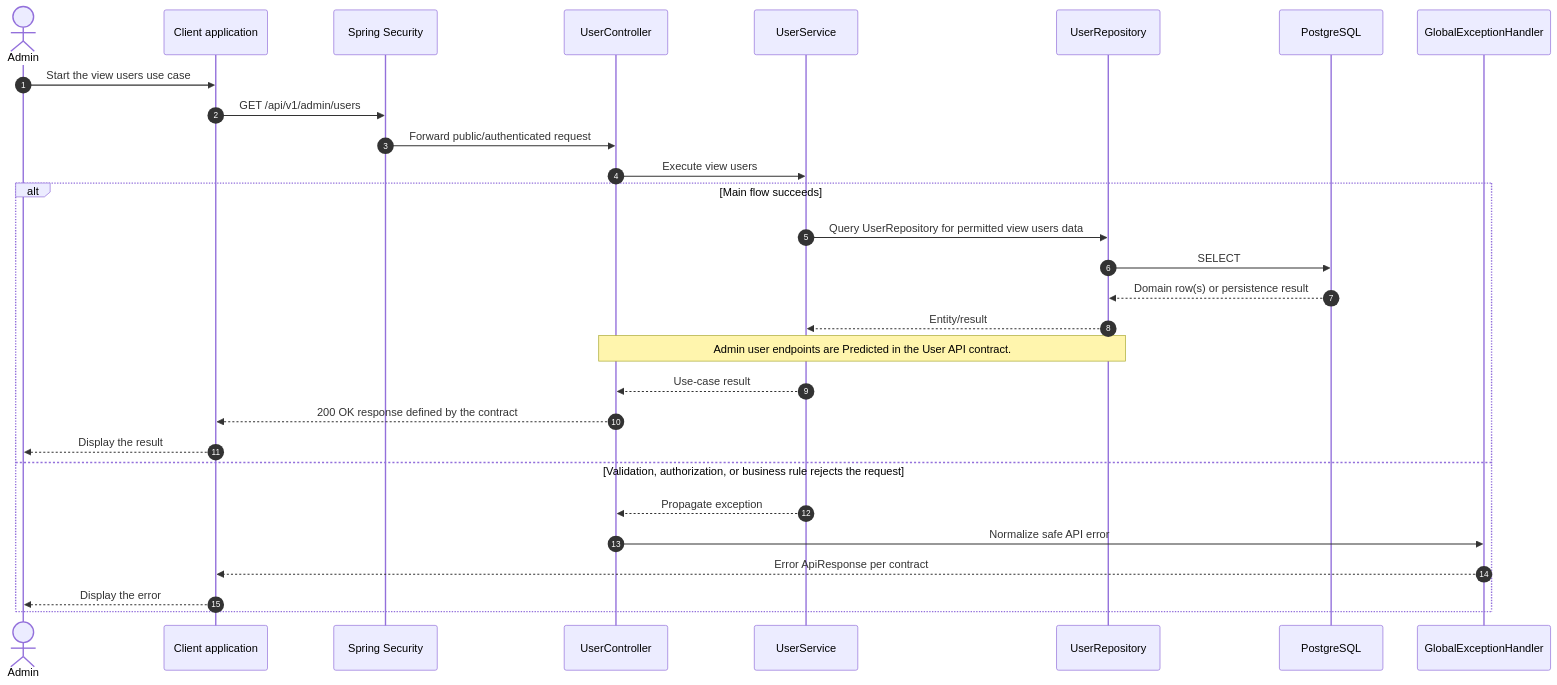
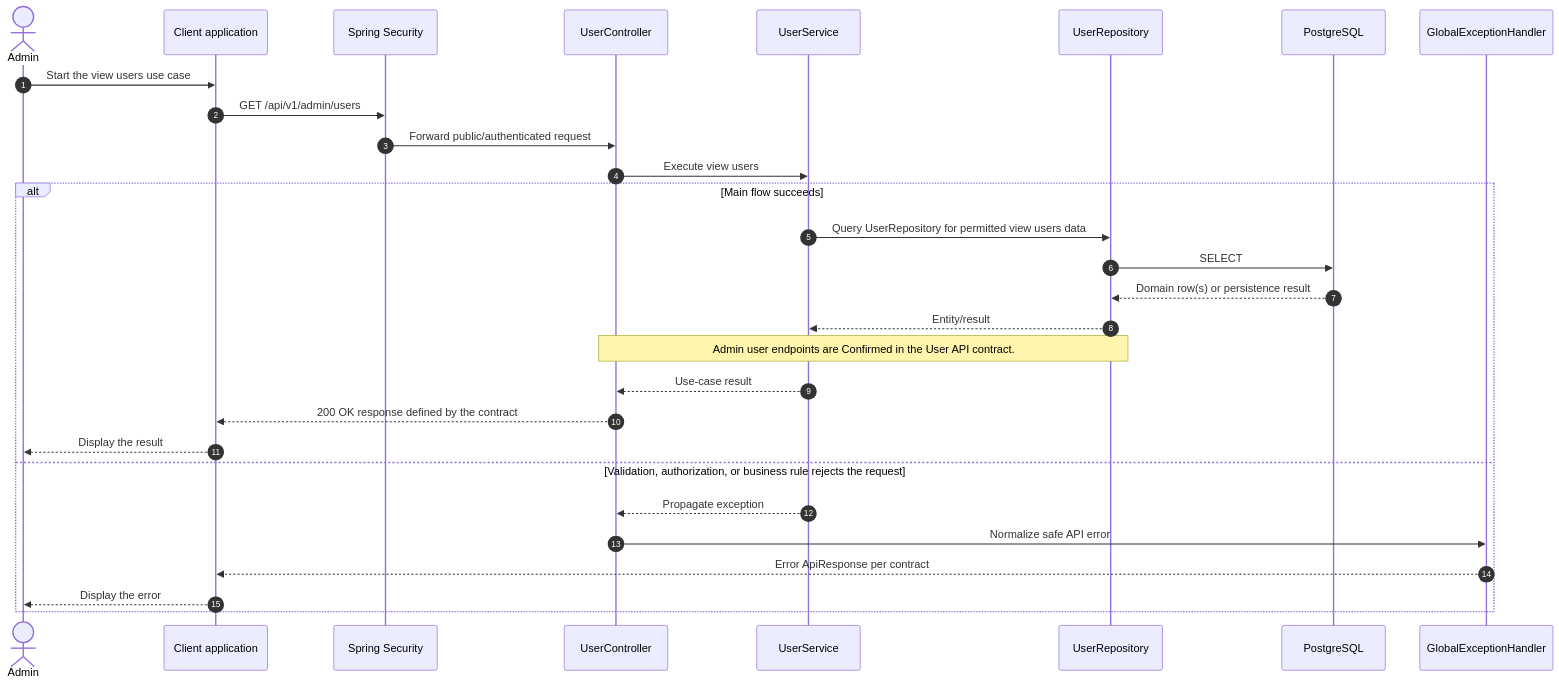
One commit to e-commercial-marketplace/commerce-platform-docs changed the diagram in sequence-diagram/admin/view-users.md. Above: the diagram before and after it, drawn with Mermaid. The commit also changed other lines of this file and 14 other files, not shown here.

Commit message:
docs(user): move admin user management into phase 1

````diff
--- a/sequence-diagram/admin/view-users.md
+++ b/sequence-diagram/admin/view-users.md
@@ -9,31 +9,31 @@
 ```mermaid
 sequenceDiagram
     autonumber
     actor Admin
     participant Client as Client application
     participant Security as Spring Security
     participant Controller as UserController
     participant Service as UserService
     participant Repo as UserRepository
     participant DB as PostgreSQL
     participant Handler as GlobalExceptionHandler
     Admin->>Client: Start the view users use case
     Client->>Security: GET /api/v1/admin/users
     Security->>Controller: Forward public/authenticated request
     Controller->>Service: Execute view users
     alt Main flow succeeds
         Service->>Repo: Query UserRepository for permitted view users data
         Repo->>DB: SELECT
         DB-->>Repo: Domain row(s) or persistence result
         Repo-->>Service: Entity/result
-        Note over Controller,Repo: Admin user endpoints are Predicted in the User API contract.
+        Note over Controller,Repo: Admin user endpoints are Confirmed in the User API contract.
         Service-->>Controller: Use-case result
         Controller-->>Client: 200 OK response defined by the contract
         Client-->>Admin: Display the result
     else Validation, authorization, or business rule rejects the request
         Service-->>Controller: Propagate exception
         Controller->>Handler: Normalize safe API error
         Handler-->>Client: Error ApiResponse per contract
         Client-->>Admin: Display the error
     end
 ```
````
